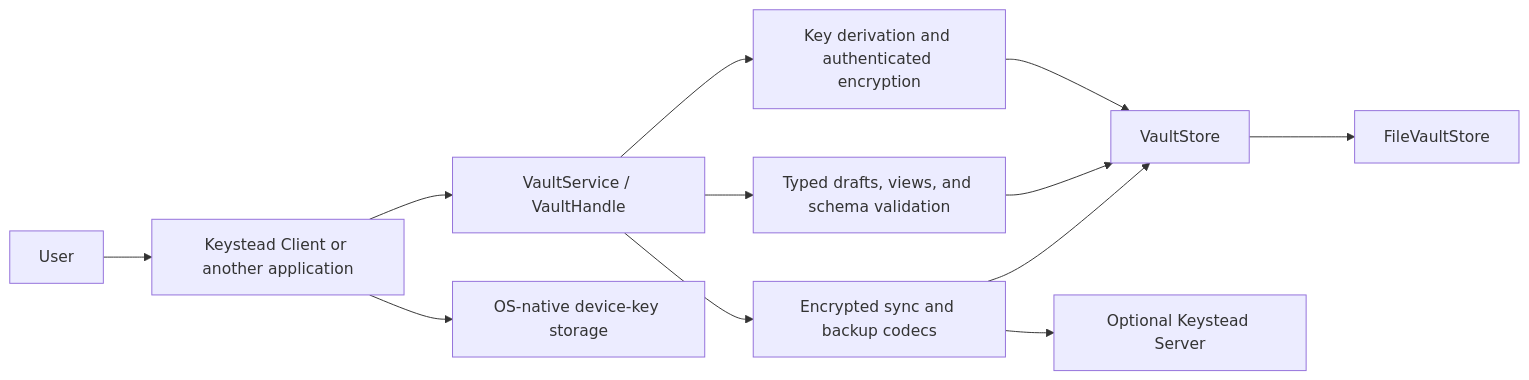
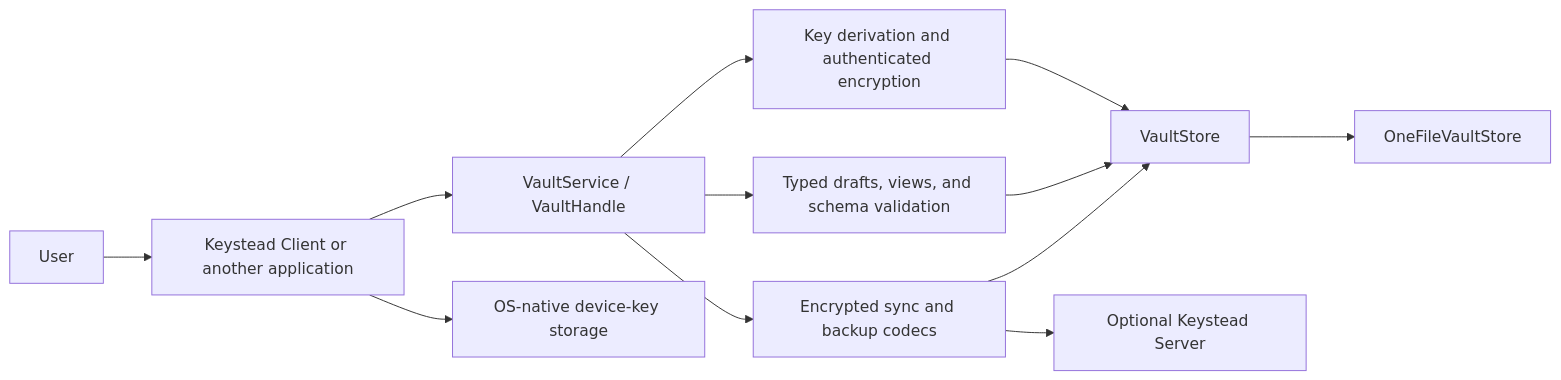
Before and after one commit to MidCoard/keystead: the diagram in README.md, drawn with Mermaid. The commit also changed other lines of this file and 2 other files, not shown here.

First line of the commit message:
Rewrite and expand the vault documentation

````diff
--- a/README.md
+++ b/README.md
@@ -53,14 +63,14 @@
 ```mermaid
 flowchart LR
     User["User"] --> Client["Keystead Client or another application"]
     Client --> API["VaultService / VaultHandle"]
     API --> Schema["Typed drafts, views, and schema validation"]
     API --> Crypto["Key derivation and authenticated encryption"]
     API --> Sync["Encrypted sync and backup codecs"]
     Crypto --> Store["VaultStore"]
     Schema --> Store
     Sync --> Store
-    Store --> File["FileVaultStore"]
+    Store --> File["OneFileVaultStore"]
     Client --> OS["OS-native device-key storage"]
     Sync --> Server["Optional Keystead Server"]
 ```
````
